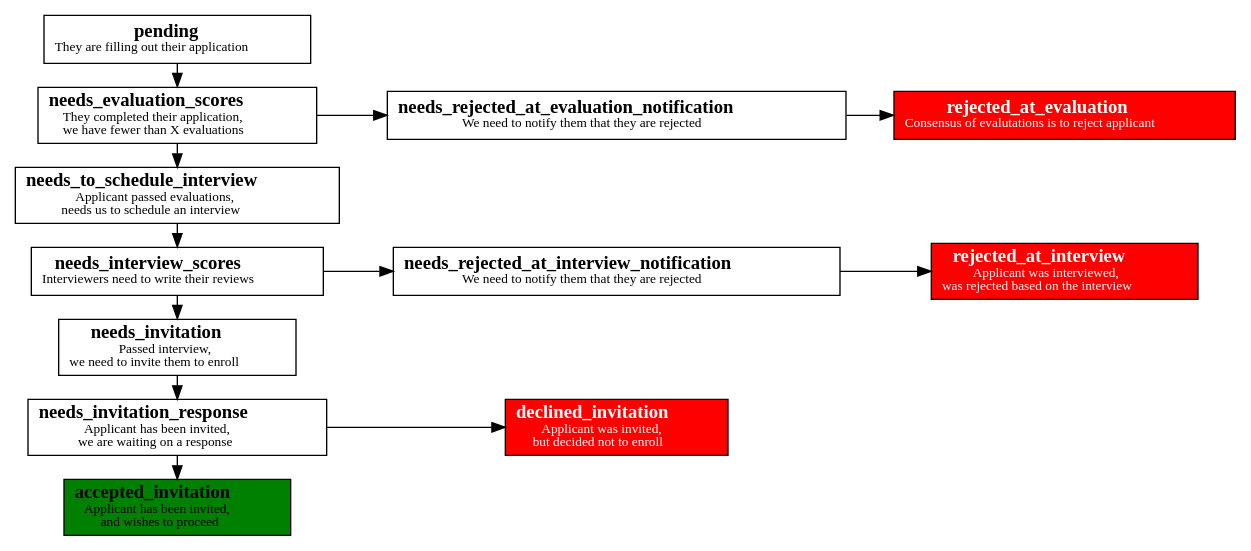
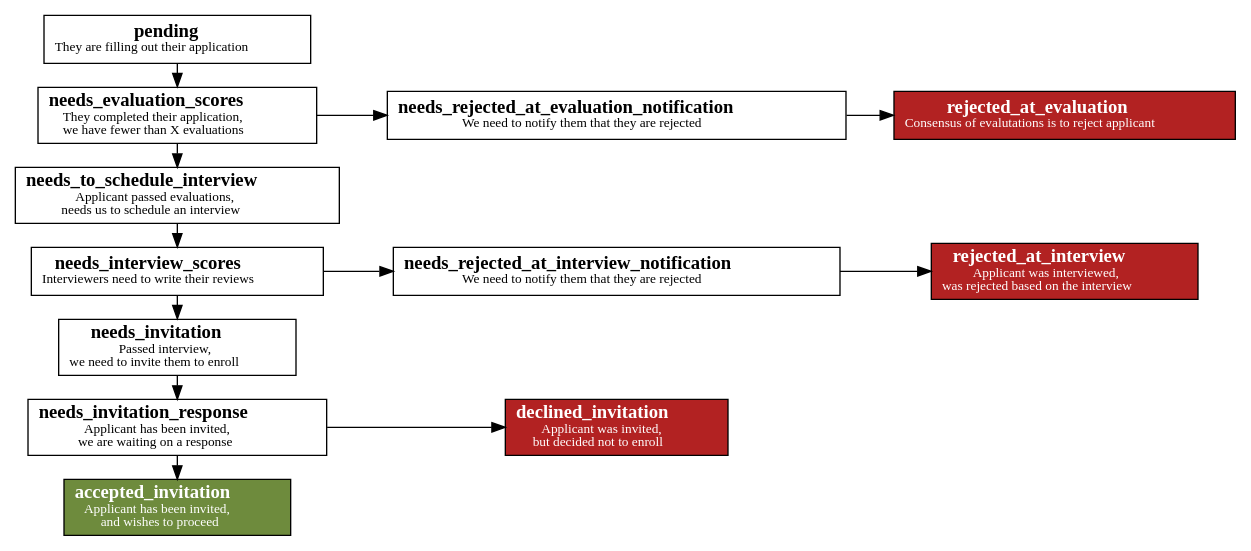
One commit to turingschool/identity changed the diagram in docs/application_state_machine.gv. Above: the diagram before and after it, drawn with Graphviz.

Commit message:
Better colours for the state machine diagram
See list at:
http://www.graphviz.org/doc/info/colors.html

```diff
--- a/docs/application_state_machine.gv
+++ b/docs/application_state_machine.gv
@@ -1,94 +1,95 @@
 // http://www.graphviz.org/doc/info/attrs.html
 digraph finite_state_machine {
   node [shape = box];
   rankdir = LR;
 
   // the nodes
 
   pending [
     label=<<b>pending</b><br /><font point-size="10">They are filling out their application</font>>
   ];
 
   needs_evaluation_scores [
     label=<<b>needs_evaluation_scores</b><br /><font point-size="10">They completed their application,<br />we have fewer than X evaluations</font>>
   ];
 
   needs_to_schedule_interview [
     label=<<b>needs_to_schedule_interview</b><br /><font point-size="10">Applicant passed evaluations,<br />needs us to schedule an interview</font>>
   ];
 
   needs_interview_scores [
     label=<<b>needs_interview_scores</b><br /><font point-size="10">Interviewers need to write their reviews</font>>
   ];
 
   needs_invitation [
     label=<<b>needs_invitation</b><br /><font point-size="10">Passed interview,<br />we need to invite them to enroll</font>>
   ];
 
   needs_invitation_response [
     label=<<b>needs_invitation_response</b><br /><font point-size="10">Applicant has been invited,<br />we are waiting on a response</font>>
   ];
 
   needs_rejected_at_evaluation_notification [
     label=<<b>needs_rejected_at_evaluation_notification</b><br /><font point-size="10">We need to notify them that they are rejected</font>>
   ];
 
   needs_rejected_at_interview_notification [
     label=<<b>needs_rejected_at_interview_notification</b><br /><font point-size="10">We need to notify them that they are rejected</font>>
   ];
 
   rejected_at_evaluation [
     style     = filled,
-    fillcolor = red,
+    fillcolor = firebrick,
     fontcolor = white,
     label=<<b>rejected_at_evaluation</b><br /><font point-size="10">Consensus of evalutations is to reject applicant</font>>
   ];
 
   rejected_at_interview [
     style     = filled,
-    fillcolor = red,
+    fillcolor = firebrick,
     fontcolor = white,
     label=<<b>rejected_at_interview</b><br /><font point-size="10">Applicant was interviewed,<br />was rejected based on the interview</font>>
   ];
 
   declined_invitation [
     style     = filled,
-    fillcolor = red,
+    fillcolor = firebrick,
     fontcolor = white,
     label=<<b>declined_invitation</b><br /><font point-size="10">Applicant was invited,<br />but decided not to enroll</font>>
   ];
 
   accepted_invitation [
     style     = filled,
-    fillcolor = green,
+    fillcolor = darkolivegreen4,
+    fontcolor = white,
     label=<<b>accepted_invitation</b><br /><font point-size="10">Applicant has been invited,<br />and wishes to proceed</font>>
   ];
 
   // the flow
 
   subgraph happy_path  {
     pending
       -> needs_evaluation_scores
       -> needs_to_schedule_interview
       -> needs_interview_scores
       -> needs_invitation
       -> needs_invitation_response
       -> accepted_invitation [constraint = false];
   }
 
   subgraph fail_evaluation  {
     needs_evaluation_scores
       -> needs_rejected_at_evaluation_notification
       -> rejected_at_evaluation;
   }
 
   subgraph fail_interview  {
     needs_interview_scores
       -> needs_rejected_at_interview_notification
       -> rejected_at_interview;
   }
 
   subgraph decline_invitation  {
     needs_invitation_response -> declined_invitation;
   }
 }
```
